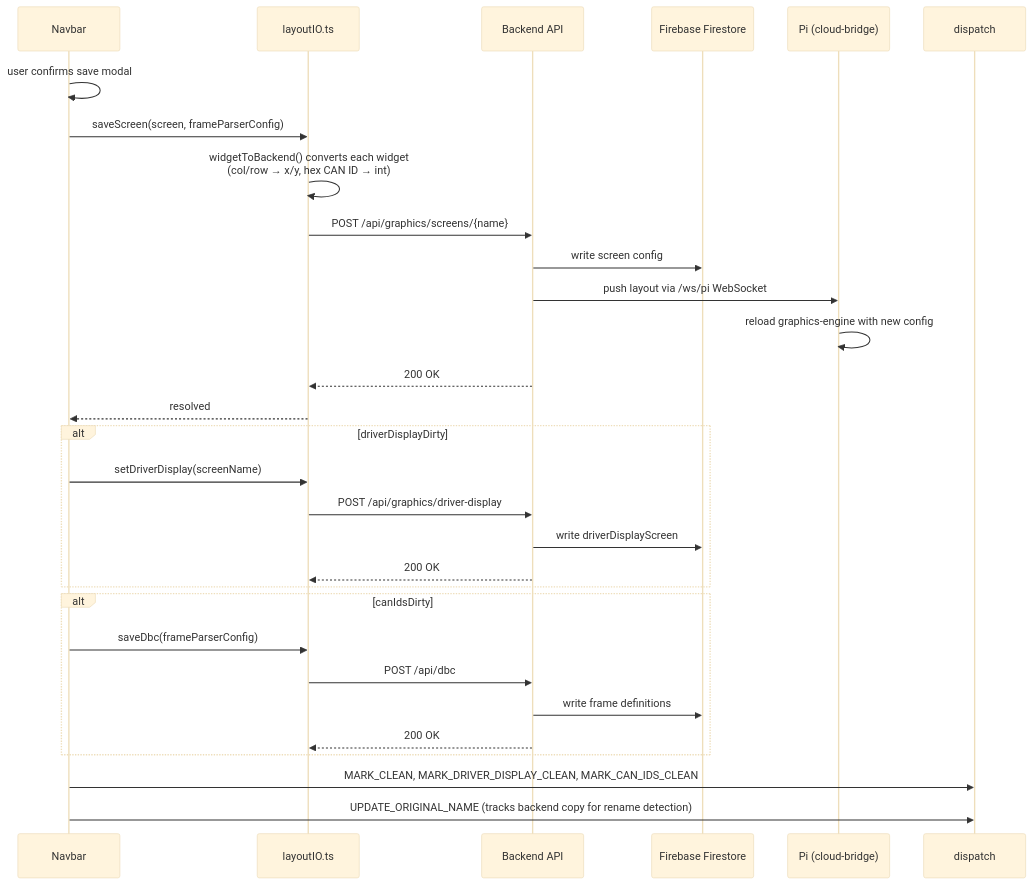
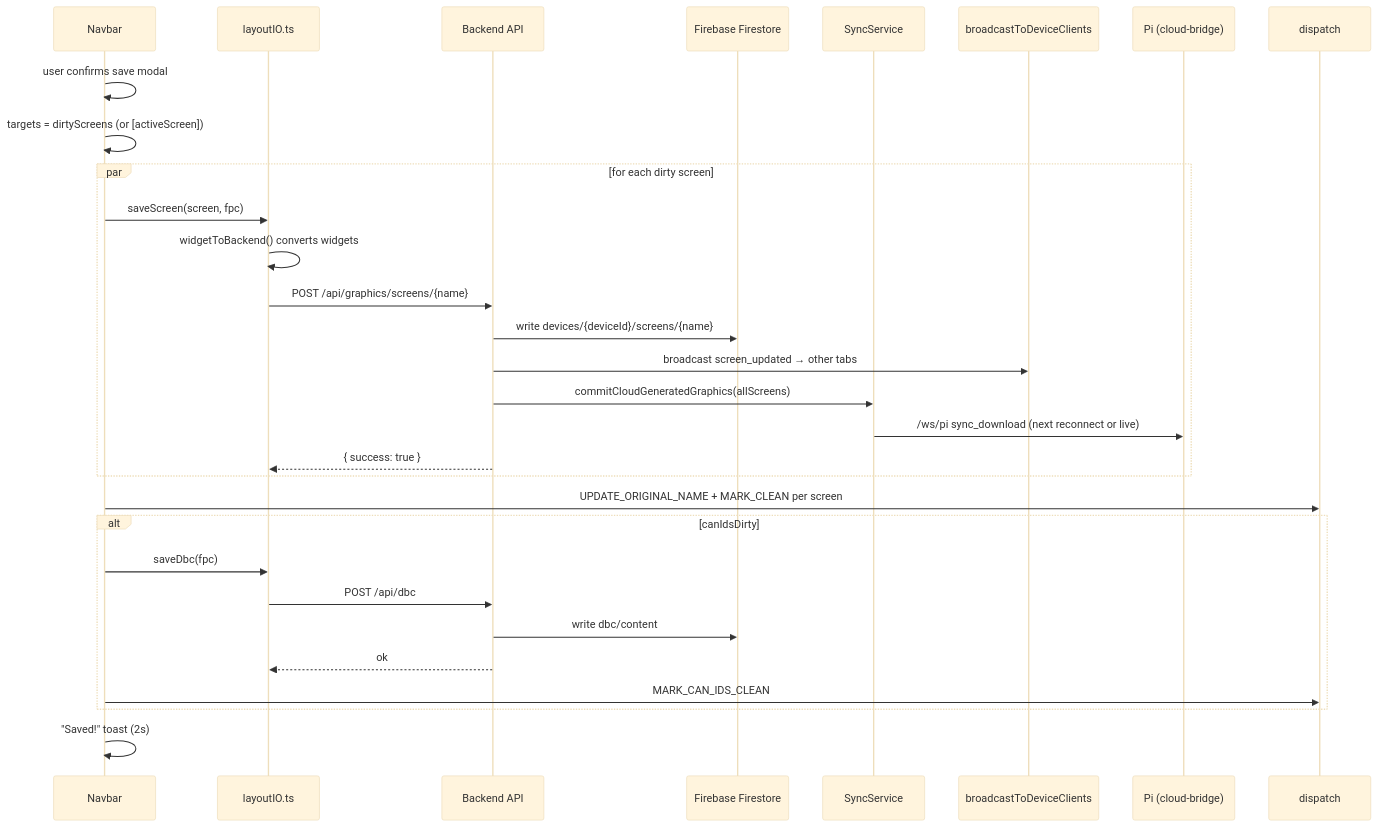
One commit to evilspoon13/track-web changed the fourth of 11 diagrams in documentation/data-flows.md. Above: the diagram before and after it, drawn with Mermaid (base theme). The commit also changed other lines of this file and 36 other files, not shown here.

````diff
--- a/documentation/data-flows.md
+++ b/documentation/data-flows.md
@@ -73,36 +93,36 @@
 ```mermaid
 sequenceDiagram
     participant NB as Navbar
     participant IO as layoutIO.ts
     participant API as Backend API
     participant FS as Firebase Firestore
+    participant SYNC as SyncService
+    participant WS as broadcastToDeviceClients
     participant PI as Pi (cloud-bridge)
-    participant D as dispatch
 
     NB->>NB: user confirms save modal
-    NB->>IO: saveScreen(screen, frameParserConfig)
-    IO->>IO: widgetToBackend() converts each widget<br/>(col/row → x/y, hex CAN ID → int)
-    IO->>API: POST /api/graphics/screens/{name}
-    API->>FS: write screen config
-    API->>PI: push layout via /ws/pi WebSocket
-    PI->>PI: reload graphics-engine with new config
-    API-->>IO: 200 OK
-    IO-->>NB: resolved
+    NB->>NB: targets = dirtyScreens (or [activeScreen])
 
-    alt driverDisplayDirty
-        NB->>IO: setDriverDisplay(screenName)
-        IO->>API: POST /api/graphics/driver-display
-        API->>FS: write driverDisplayScreen
-        API-->>IO: 200 OK
+    par for each dirty screen
+        NB->>IO: saveScreen(screen, fpc)
+        IO->>IO: widgetToBackend() converts widgets
+        IO->>API: POST /api/graphics/screens/{name}
+        API->>FS: write devices/{deviceId}/screens/{name}
+        API->>WS: broadcast screen_updated → other tabs
+        API->>SYNC: commitCloudGeneratedGraphics(allScreens)
+        SYNC->>PI: /ws/pi sync_download (next reconnect or live)
+        API-->>IO: { success: true }
     end
 
+    NB->>dispatch: UPDATE_ORIGINAL_NAME + MARK_CLEAN per screen
+
     alt canIdsDirty
-        NB->>IO: saveDbc(frameParserConfig)
+        NB->>IO: saveDbc(fpc)
         IO->>API: POST /api/dbc
-        API->>FS: write frame definitions
-        API-->>IO: 200 OK
+        API->>FS: write dbc/content
+        API-->>IO: ok
+        NB->>dispatch: MARK_CAN_IDS_CLEAN
     end
 
-    NB->>D: MARK_CLEAN, MARK_DRIVER_DISPLAY_CLEAN, MARK_CAN_IDS_CLEAN
-    NB->>D: UPDATE_ORIGINAL_NAME (tracks backend copy for rename detection)
+    NB->>NB: "Saved!" toast (2s)
 ```
````
